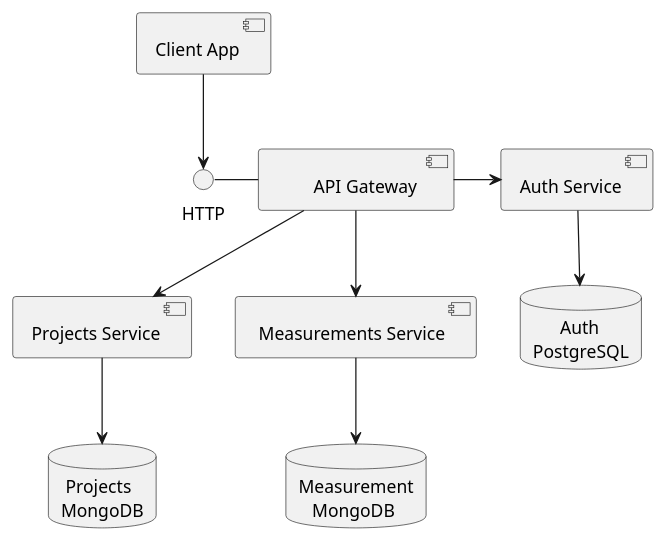
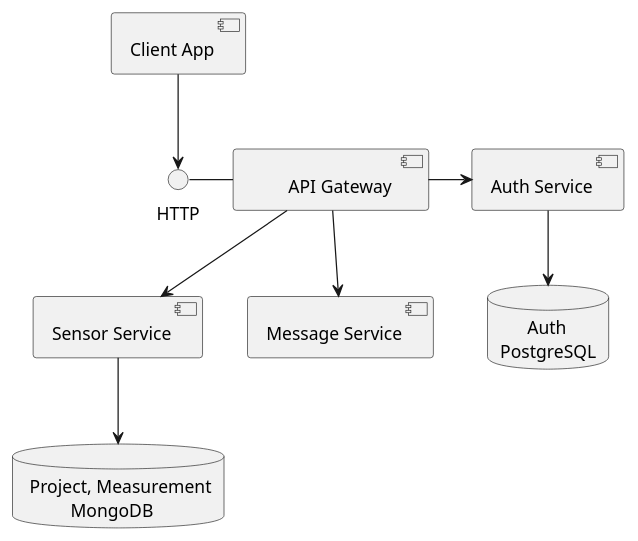
One commit to mateuszbarnacki/master-thesis changed the diagram in arch-docs/component-diagram.puml. Above: the diagram before and after it, drawn with PlantUML.

Commit message:
Merge projects service and measurement service

```diff
--- a/arch-docs/component-diagram.puml
+++ b/arch-docs/component-diagram.puml
@@ -1,20 +1,18 @@
 @startuml
 component "Client App" as app
-component "Projects Service" as projects
-component " Measurements Service" as measurements
+component "Sensor Service" as sensors
 component "Auth Service" as auth
+component "Message Service" as message
 component "\tAPI Gateway\t" as gateway
-database " Projects\nMongoDB" as projectsDB
+database " Project, Measurement\n          MongoDB" as sensorsDB
 database "      Auth\nPostgreSQL" as authDB
-database "Measurement\n   MongoDB" as measurementDB
 
 app-d->HTTP
 gateway-l-HTTP
-projects-d->projectsDB
+sensors-d->sensorsDB
 auth-d->authDB
-measurements-d->measurementDB
-gateway-->projects
-gateway-d->measurements
 gateway-r->auth
+gateway-->message
+gateway-d->sensors
 
 @enduml
```
